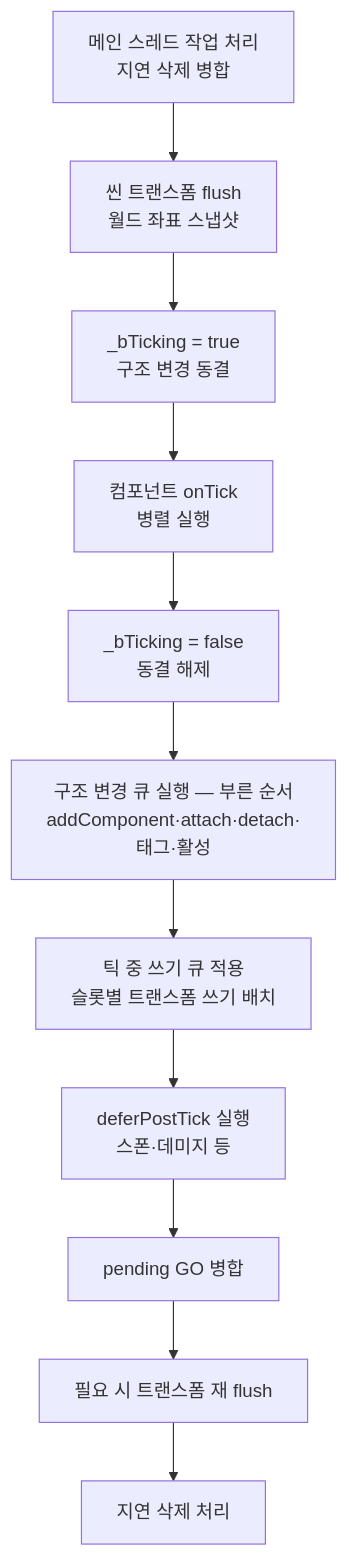
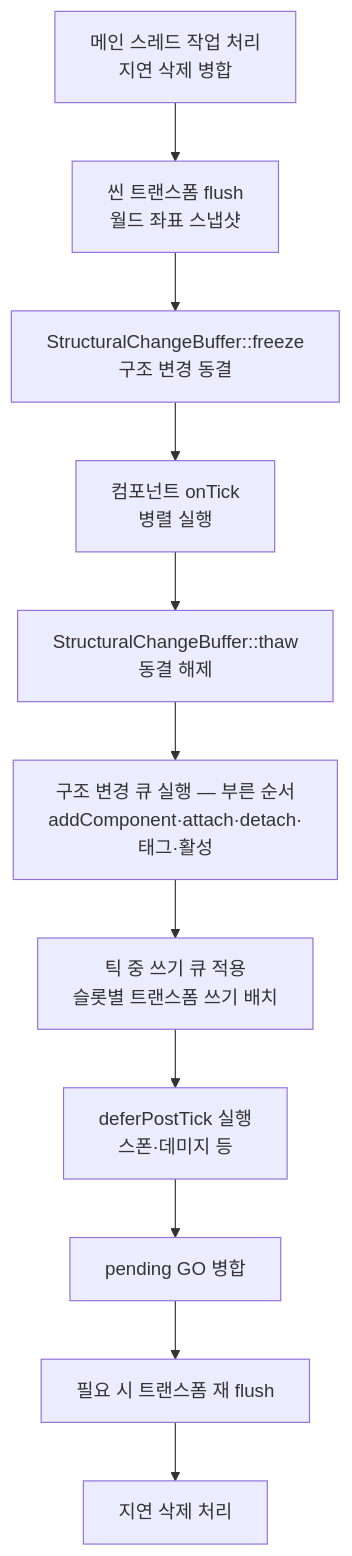
One commit to sswgame/LearningTemplate changed the first of 3 diagrams in Source/Engine/Object/README.md. Above: the diagram before and after it, drawn with Mermaid. The commit also changed other lines of this file and 6 other files, not shown here.

First line of the commit message:
엔진 - 틱 중 규칙(동결 · 지연 큐 · 비우는 순서)을 StructuralChangeBuffer 로 꺼내기

````diff
--- a/Source/Engine/Object/README.md
+++ b/Source/Engine/Object/README.md
@@ -81,13 +82,13 @@
 ```mermaid
 flowchart TD
   A[메인 스레드 작업 처리<br/>지연 삭제 병합] --> B[씬 트랜스폼 flush<br/>월드 좌표 스냅샷]
-  B --> C[_bTicking = true<br/>구조 변경 동결]
+  B --> C[StructuralChangeBuffer::freeze<br/>구조 변경 동결]
   C --> D[컴포넌트 onTick<br/>병렬 실행]
-  D --> E[_bTicking = false<br/>동결 해제]
+  D --> E[StructuralChangeBuffer::thaw<br/>동결 해제]
   E --> E2[구조 변경 큐 실행 — 부른 순서<br/>addComponent·attach·detach·태그·활성]
   E2 --> F[틱 중 쓰기 큐 적용<br/>슬롯별 트랜스폼 쓰기 배치]
   F --> G[deferPostTick 실행<br/>스폰·데미지 등]
   G --> H[pending GO 병합]
   H --> I[필요 시 트랜스폼 재 flush]
   I --> J[지연 삭제 처리]
 ```
````
